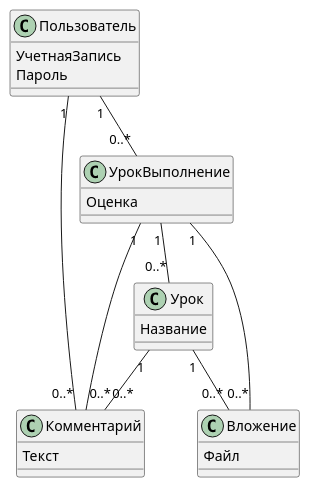
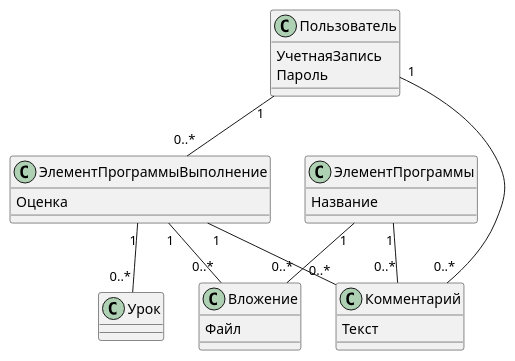
Before and after one commit to karpoftea/mts-kata-2023: the third of 3 diagrams in docs/domain/model.md, drawn with PlantUML. The commit also changed other lines of this file and 1 other file, not shown here.

Commit message:
Доработал понятия, модель предметной области

````diff
--- a/docs/domain/model.md
+++ b/docs/domain/model.md
@@ -144,45 +147,44 @@
 ```plantuml
 @startuml
 
 top to bottom direction
 
 class Пользователь
     {
         УчетнаяЗапись
         Пароль
     }
 
 Пользователь "1" -- "0..*" Комментарий
 
-Пользователь "1" -- "0..*" УрокВыполнение
-УрокВыполнение "1" -- "0..*" Урок
+Пользователь "1" -- "0..*" ЭлементПрограммыВыполнение
+ЭлементПрограммыВыполнение "1" -- "0..*" Урок
 
-Урок "1" -- "0..*" Вложение
-Урок "1" -- "0..*" Комментарий
+ЭлементПрограммы "1" -- "0..*" Вложение
+ЭлементПрограммы "1" -- "0..*" Комментарий
 
-УрокВыполнение "1" -- "0..*" Вложение
-УрокВыполнение "1" -- "0..*" Комментарий
+ЭлементПрограммыВыполнение "1" -- "0..*" Вложение
+ЭлементПрограммыВыполнение "1" -- "0..*" Комментарий
 
-
-class УрокВыполнение 
+class ЭлементПрограммыВыполнение 
     {
         Оценка
     }
 
 class Вложение
     {
         Файл
     }
 
 class Комментарий
     {
         Текст
     }
 
-class Урок
+class ЭлементПрограммы
     {
         Название
     }
 
 @enduml
 ```
````
